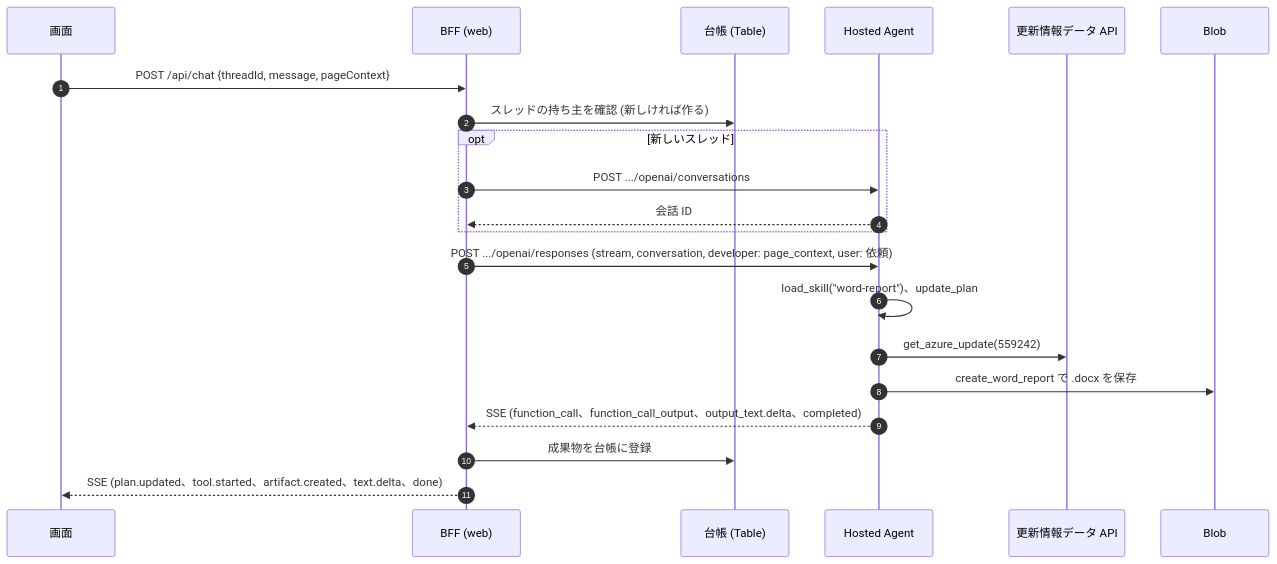
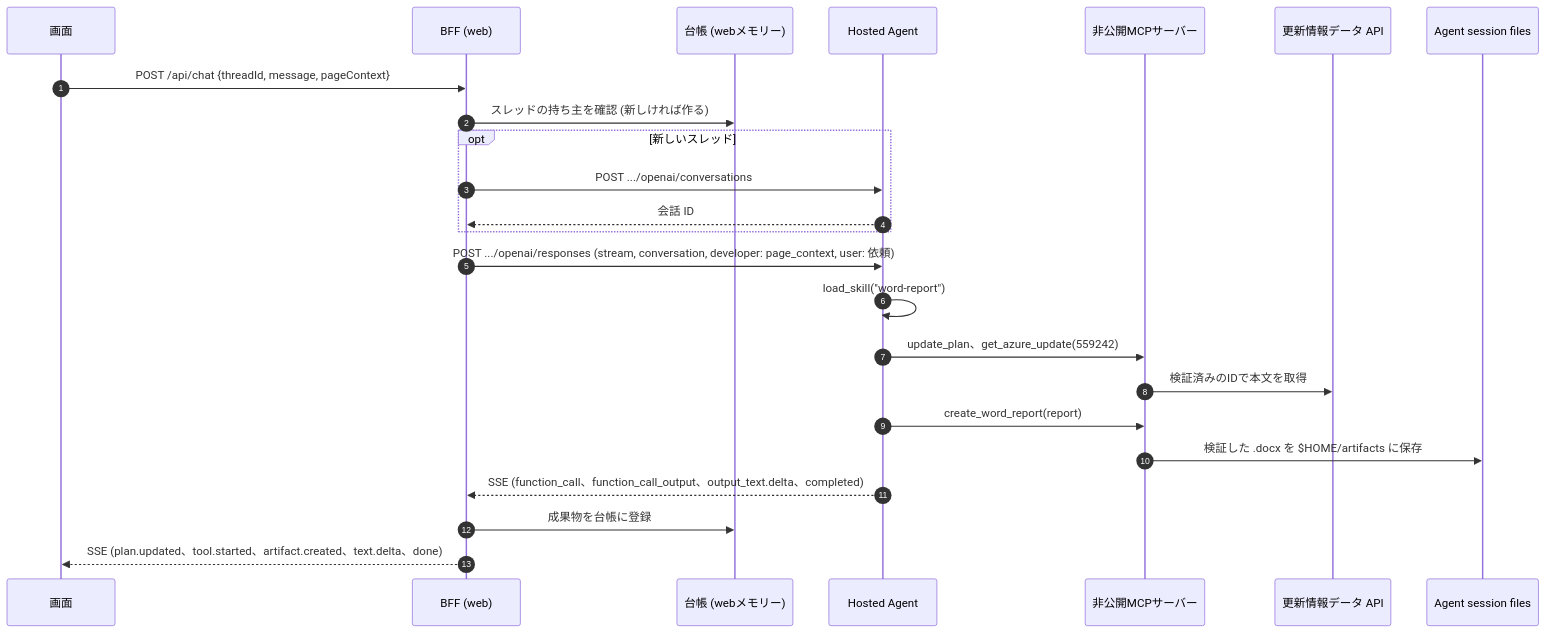
Before and after one commit to tokawa-ms/azure-updates-cowork-starter-demo: the third of 5 diagrams in docs/design.md, drawn with Mermaid. The commit also changed other lines of this file and 219 other files, not shown here.

````diff
--- a/docs/design.md
+++ b/docs/design.md
@@ -231,23 +234,26 @@
 ```mermaid
 sequenceDiagram
   autonumber
   participant S as 画面
   participant B as BFF (web)
-  participant R as 台帳 (Table)
+  participant R as 台帳 (webメモリー)
   participant A as Hosted Agent
+  participant M as 非公開MCPサーバー
   participant D as 更新情報データ API
-  participant BL as Blob
+  participant FS as Agent session files
   S->>B: POST /api/chat {threadId, message, pageContext}
   B->>R: スレッドの持ち主を確認 (新しければ作る)
   opt 新しいスレッド
     B->>A: POST .../openai/conversations
     A-->>B: 会話 ID
   end
   B->>A: POST .../openai/responses (stream, conversation, developer: page_context, user: 依頼)
-  A->>A: load_skill("word-report")、update_plan
-  A->>D: get_azure_update(559242)
-  A->>BL: create_word_report で .docx を保存
+  A->>A: load_skill("word-report")
+  A->>M: update_plan、get_azure_update(559242)
+  M->>D: 検証済みのIDで本文を取得
+  A->>M: create_word_report(report)
+  M->>FS: 検証した .docx を $HOME/artifacts に保存
   A-->>B: SSE (function_call、function_call_output、output_text.delta、completed)
   B->>R: 成果物を台帳に登録
   B-->>S: SSE (plan.updated、tool.started、artifact.created、text.delta、done)
 ```
````
